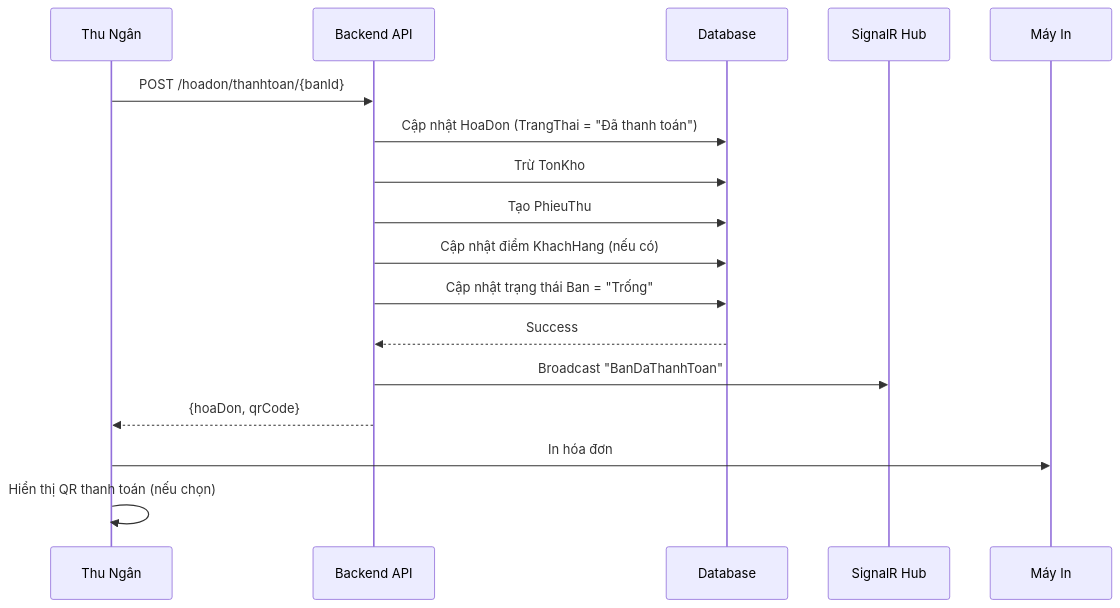
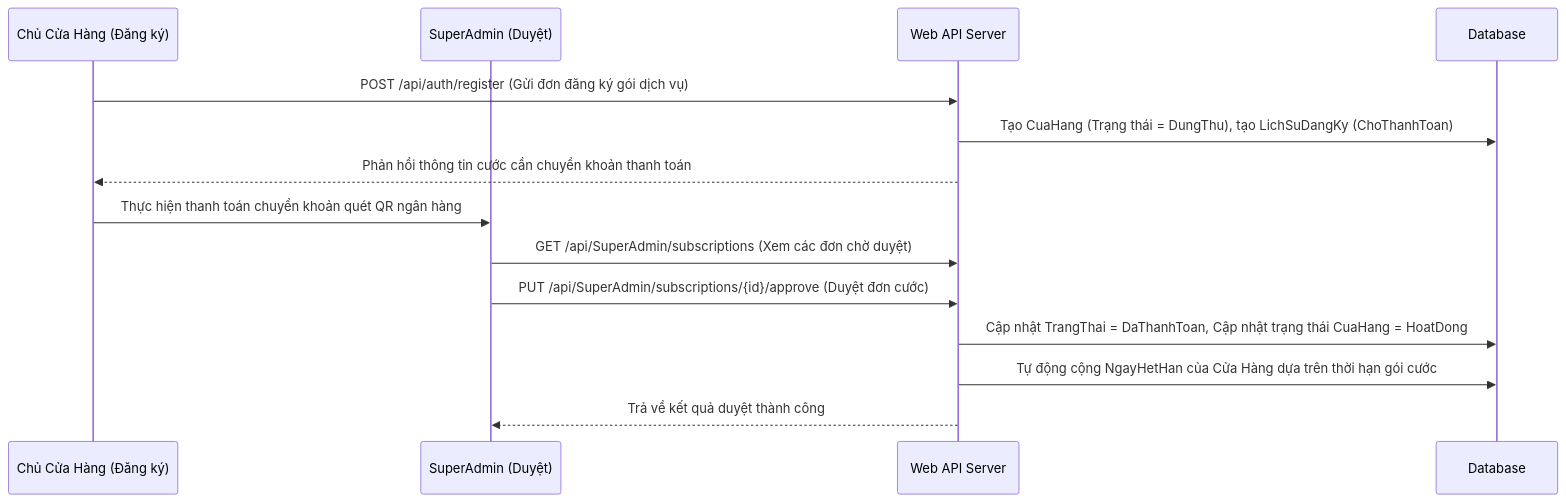
One commit to Nhanduc2912/POS36 changed the fifth of 5 diagrams in README.md. Above: the diagram before and after it, drawn with Mermaid. The commit also changed other lines of this file, not shown here.

Commit message:
docs: rewrite README.md with comprehensive SaaS, SuperAdmin and Gemini 3.1 features

````diff
--- a/README.md
+++ b/README.md
@@ -934,20 +516,17 @@
 ```mermaid
 sequenceDiagram
-    participant TN as Thu Ngân
-    participant API as Backend API
+    participant Owner as Chủ Cửa Hàng (Đăng ký)
+    participant SAD as SuperAdmin (Duyệt)
+    participant API as Web API Server
     participant DB as Database
-    participant Hub as SignalR Hub
-    participant Print as Máy In
     
-    TN->>API: POST /hoadon/thanhtoan/{banId}
-    API->>DB: Cập nhật HoaDon (TrangThai = "Đã thanh toán")
-    API->>DB: Trừ TonKho
-    API->>DB: Tạo PhieuThu
-    API->>DB: Cập nhật điểm KhachHang (nếu có)
-    API->>DB: Cập nhật trạng thái Ban = "Trống"
-    DB-->>API: Success
-    API->>Hub: Broadcast "BanDaThanhToan"
-    API-->>TN: {hoaDon, qrCode}
-    TN->>Print: In hóa đơn
-    TN->>TN: Hiển thị QR thanh toán (nếu chọn)
+    Owner->>API: POST /api/auth/register (Gửi đơn đăng ký gói dịch vụ)
+    API->>DB: Tạo CuaHang (Trạng thái = DungThu), tạo LichSuDangKy (ChoThanhToan)
+    API-->>Owner: Phản hồi thông tin cước cần chuyển khoản thanh toán
+    Owner->>SAD: Thực hiện thanh toán chuyển khoản quét QR ngân hàng
+    SAD->>API: GET /api/SuperAdmin/subscriptions (Xem các đơn chờ duyệt)
+    SAD->>API: PUT /api/SuperAdmin/subscriptions/{id}/approve (Duyệt đơn cước)
+    API->>DB: Cập nhật TrangThai = DaThanhToan, Cập nhật trạng thái CuaHang = HoatDong
+    API->>DB: Tự động cộng NgayHetHan của Cửa Hàng dựa trên thời hạn gói cước
+    API-->>SAD: Trả về kết quả duyệt thành công
 ```
````
